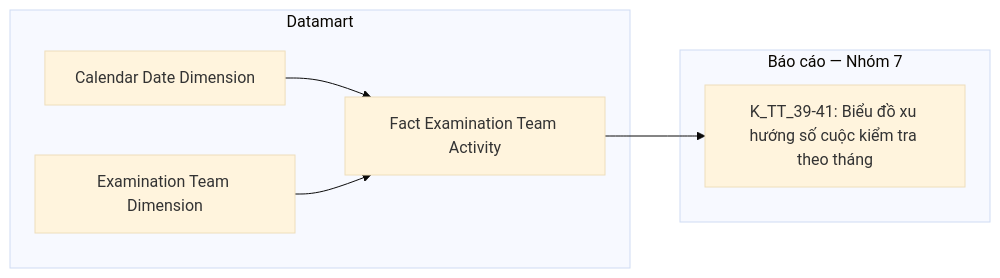
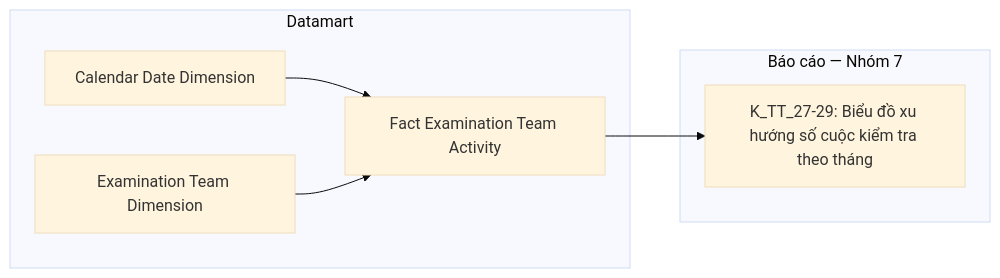
One commit to linhlvit/ubck_atomic_design changed diagram 25 of 50 in Datamart/hld/DTM_TT_HLD.md. Above: the diagram before and after it, drawn with Mermaid (base theme). The commit also changed other lines of this file and 8 other files, not shown here.

````diff
--- a/Datamart/hld/DTM_TT_HLD.md
+++ b/Datamart/hld/DTM_TT_HLD.md
@@ -920,14 +913,14 @@
 ```mermaid
 flowchart LR
     subgraph Datamart["Datamart"]
         G1["Fact Examination Team Activity"]
         G2["Calendar Date Dimension"]
         G3["Examination Team Dimension"]
     end
     subgraph RPT["Báo cáo — Nhóm 7"]
-        R1["K_TT_39-41: Biểu đồ xu hướng số cuộc kiểm tra theo tháng"]
+        R1["K_TT_27-29: Biểu đồ xu hướng số cuộc kiểm tra theo tháng"]
     end
     G2 --> G1
     G3 --> G1
     G1 --> R1
 ```
````
